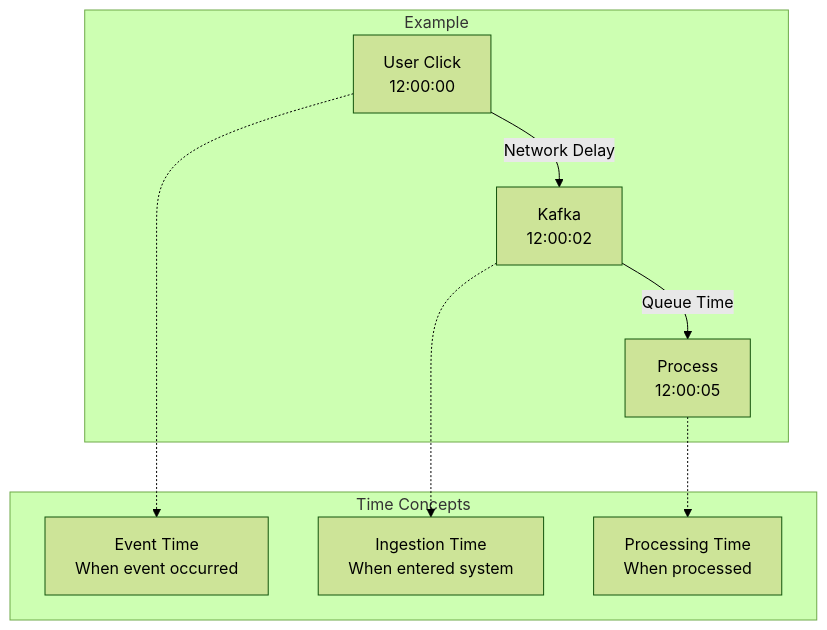
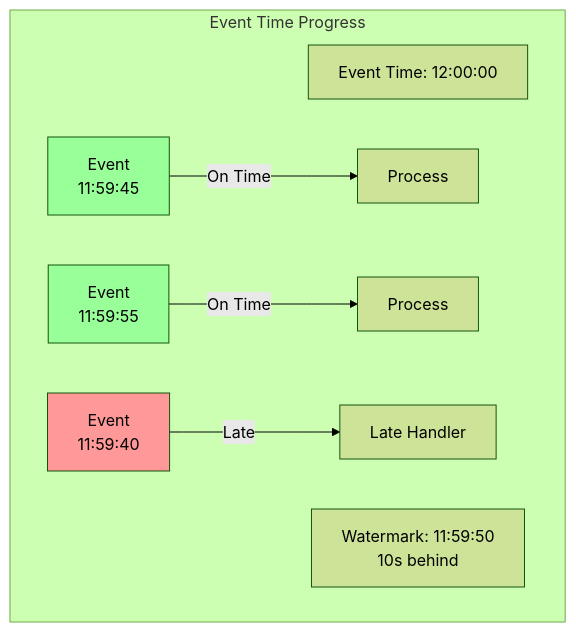
One commit to deepaucksharma/DStudio changed the eighth of 14 diagrams in docs/patterns/event-streaming.md. Above: the diagram before and after it, drawn with Mermaid (forest theme). The commit also changed other lines of this file and 248 other files, not shown here.

````diff
--- a/docs/patterns/event-streaming.md
+++ b/docs/patterns/event-streaming.md
@@ -197,17 +362,15 @@
 ```mermaid
 graph TD
- subgraph "Time Concepts"
- ET[Event Time<br/>When event occurred]
- IT[Ingestion Time<br/>When entered system]
- PT[Processing Time<br/>When processed]
- end
- 
- subgraph "Example"
- E1[User Click<br/>12:00:00] -->|Network Delay| I1[Kafka<br/>12:00:02]
- I1 -->|Queue Time| P1[Process<br/>12:00:05]
- end
- 
- E1 -.-> ET
- I1 -.-> IT
- P1 -.-> PT
+    subgraph "Event Time Progress"
+        ET[Event Time: 12:00:00]
+        WT[Watermark: 11:59:50<br/>10s behind]
+        
+        E1[Event<br/>11:59:45] -->|On Time| P1[Process]
+        E2[Event<br/>11:59:55] -->|On Time| P2[Process]
+        E3[Event<br/>11:59:40] -->|Late| L1[Late Handler]
+    end
+    
+    style E1 fill:#99ff99
+    style E2 fill:#99ff99
+    style E3 fill:#ff9999
 ```
````
